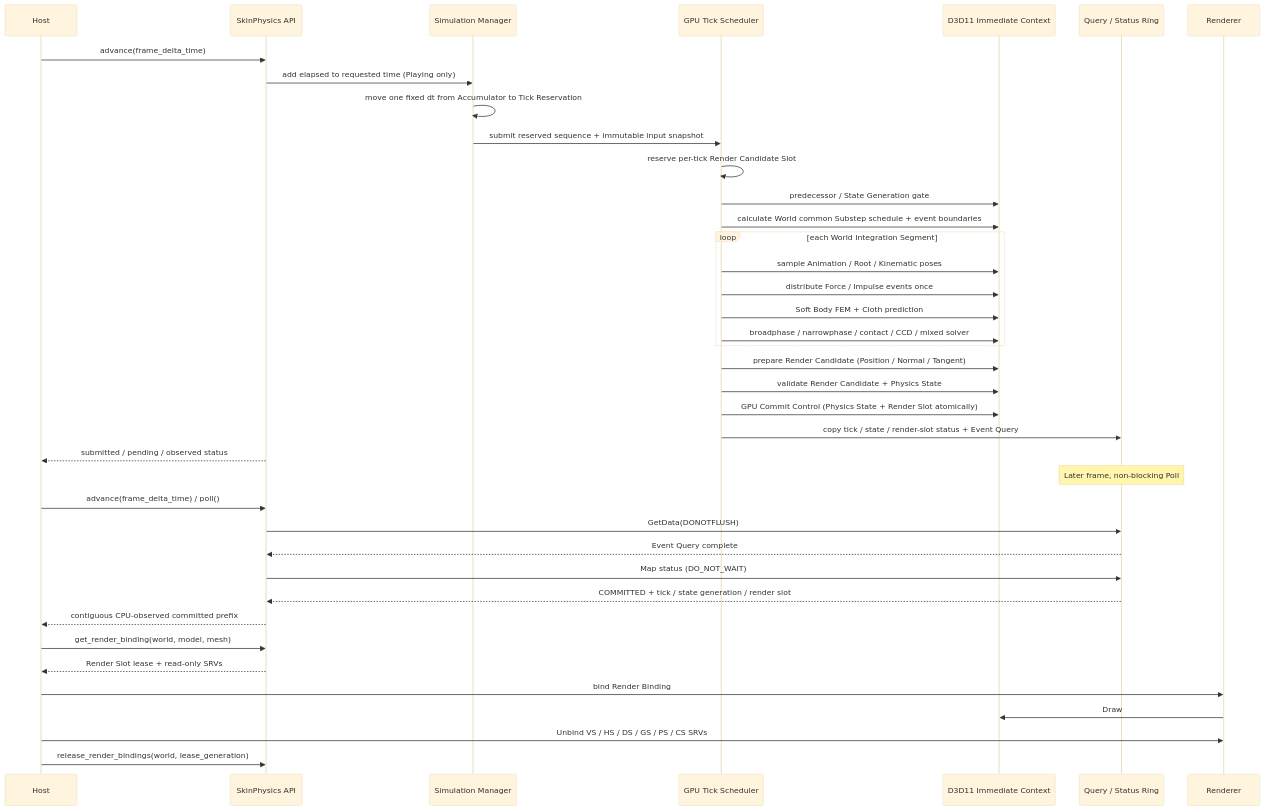
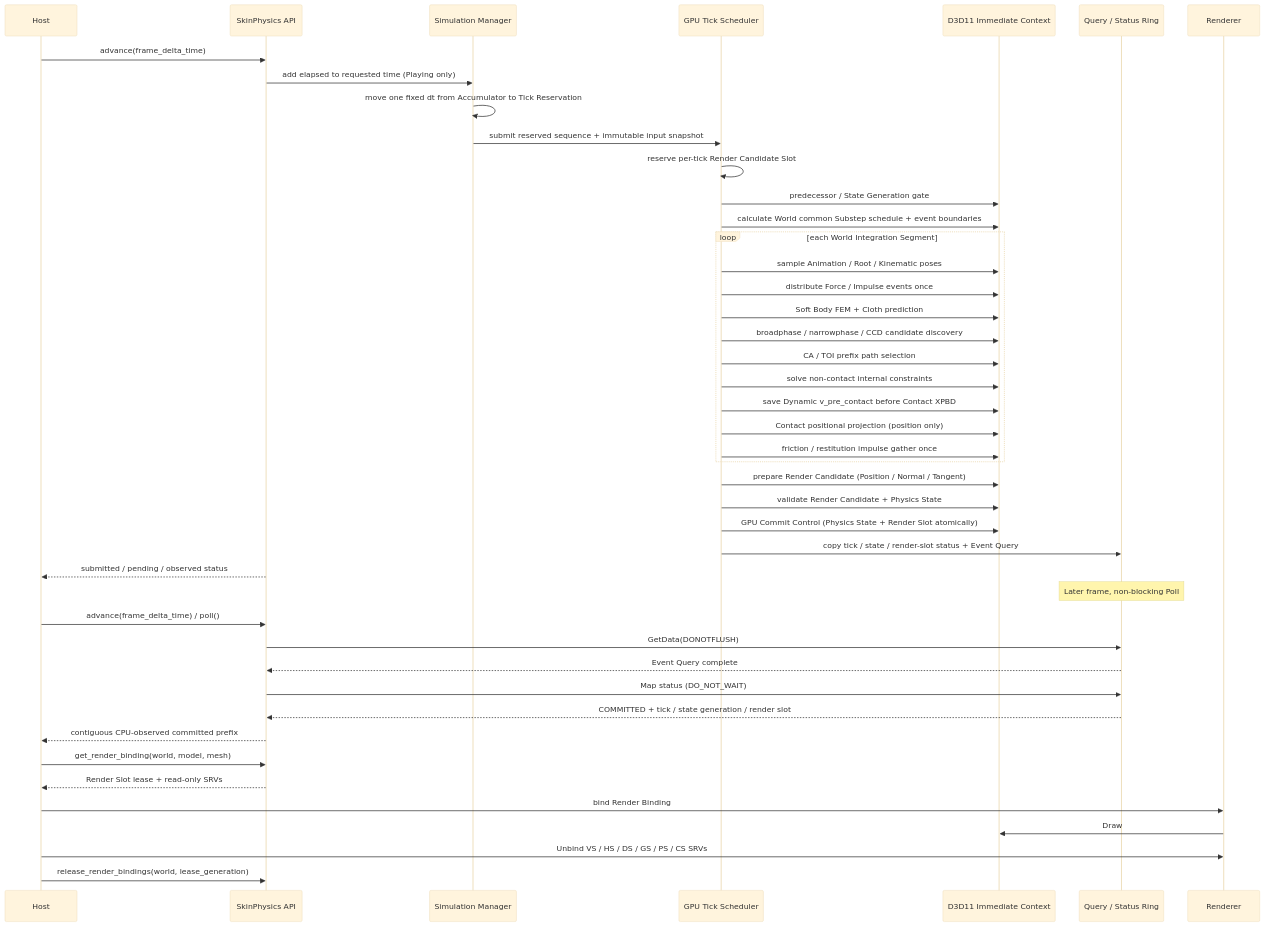
Before and after one commit to bigmoon77/Skin-physics-: the second of 8 diagrams in docs/uml/phase12_gpu_runtime.md, drawn with Mermaid (base theme). The commit also changed other lines of this file, not shown here.

Commit message:
docs: align runtime UML with pre-contact velocity and impact flow

````diff
--- a/docs/uml/phase12_gpu_runtime.md
+++ b/docs/uml/phase12_gpu_runtime.md
@@ -42,42 +42,47 @@
 ```mermaid
 sequenceDiagram
     participant H as Host
     participant API as SkinPhysics API
     participant S as Simulation Manager
     participant G as GPU Tick Scheduler
     participant D as D3D11 Immediate Context
     participant Q as Query / Status Ring
     participant R as Renderer
 
     H->>API: advance(frame_delta_time)
     API->>S: add elapsed to requested time (Playing only)
     S->>S: move one fixed dt from Accumulator to Tick Reservation
     S->>G: submit reserved sequence + immutable input snapshot
     G->>G: reserve per-tick Render Candidate Slot
     G->>D: predecessor / State Generation gate
     G->>D: calculate World common Substep schedule + event boundaries
     loop each World Integration Segment
         G->>D: sample Animation / Root / Kinematic poses
         G->>D: distribute Force / Impulse events once
         G->>D: Soft Body FEM + Cloth prediction
-        G->>D: broadphase / narrowphase / contact / CCD / mixed solver
+        G->>D: broadphase / narrowphase / CCD candidate discovery
+        G->>D: CA / TOI prefix path selection
+        G->>D: solve non-contact internal constraints
+        G->>D: save Dynamic v_pre_contact before Contact XPBD
+        G->>D: Contact positional projection (position only)
+        G->>D: friction / restitution impulse gather once
     end
     G->>D: prepare Render Candidate (Position / Normal / Tangent)
     G->>D: validate Render Candidate + Physics State
     G->>D: GPU Commit Control (Physics State + Render Slot atomically)
     G->>Q: copy tick / state / render-slot status + Event Query
     API-->>H: submitted / pending / observed status
     Note over Q: Later frame, non-blocking Poll
     H->>API: advance(frame_delta_time) / poll()
     API->>Q: GetData(DONOTFLUSH)
     Q-->>API: Event Query complete
     API->>Q: Map status (DO_NOT_WAIT)
     Q-->>API: COMMITTED + tick / state generation / render slot
     API-->>H: contiguous CPU-observed committed prefix
     H->>API: get_render_binding(world, model, mesh)
     API-->>H: Render Slot lease + read-only SRVs
     H->>R: bind Render Binding
     R->>D: Draw
     H->>R: Unbind VS / HS / DS / GS / PS / CS SRVs
     H->>API: release_render_bindings(world, lease_generation)
 ```
````
